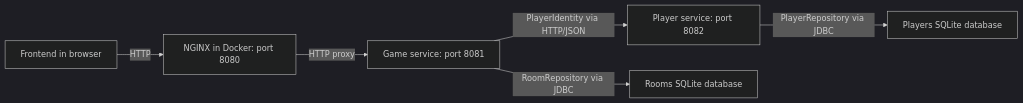
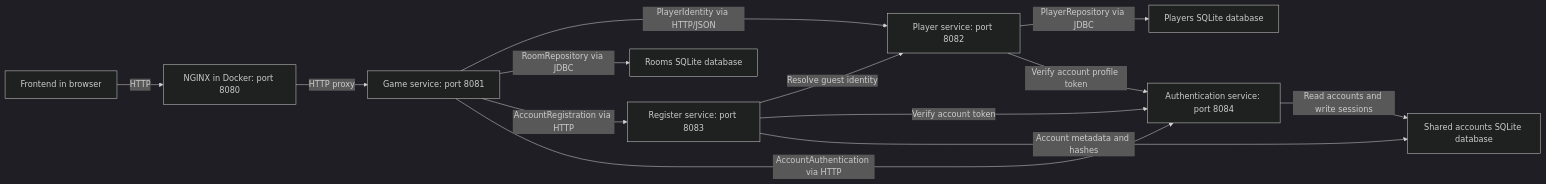
The diagram in README.md (ikigachi/chess-software), drawn with Mermaid (dark theme) before and after one commit. The commit also changed other lines of this file and 17 other files, not shown here.

````diff
--- a/README.md
+++ b/README.md
@@ -156,8 +157,15 @@
 ```mermaid
 flowchart LR
     F["Frontend in browser"] -->|"HTTP"| W["NGINX in Docker: port 8080"]
     W -->|"HTTP proxy"| G["Game service: port 8081"]
     G -->|"PlayerIdentity via HTTP/JSON"| P["Player service: port 8082"]
     G -->|"RoomRepository via JDBC"| D["Rooms SQLite database"]
     P -->|"PlayerRepository via JDBC"| PD["Players SQLite database"]
+    G -->|"AccountRegistration via HTTP"| R["Register service: port 8083"]
+    G -->|"AccountAuthentication via HTTP"| A["Authentication service: port 8084"]
+    R -->|"Resolve guest identity"| P
+    R -->|"Verify account token"| A
+    P -->|"Verify account profile token"| A
+    R -->|"Account metadata and hashes"| AD["Shared accounts SQLite database"]
+    A -->|"Read accounts and write sessions"| AD
 ```
````
